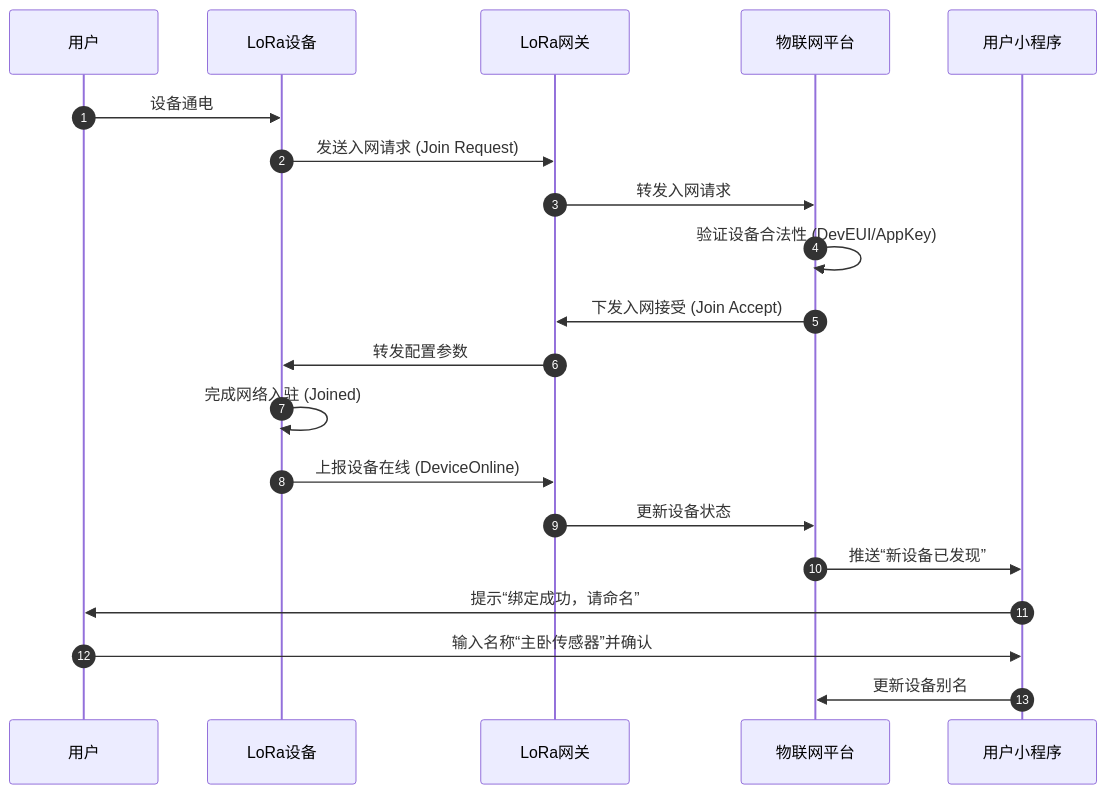
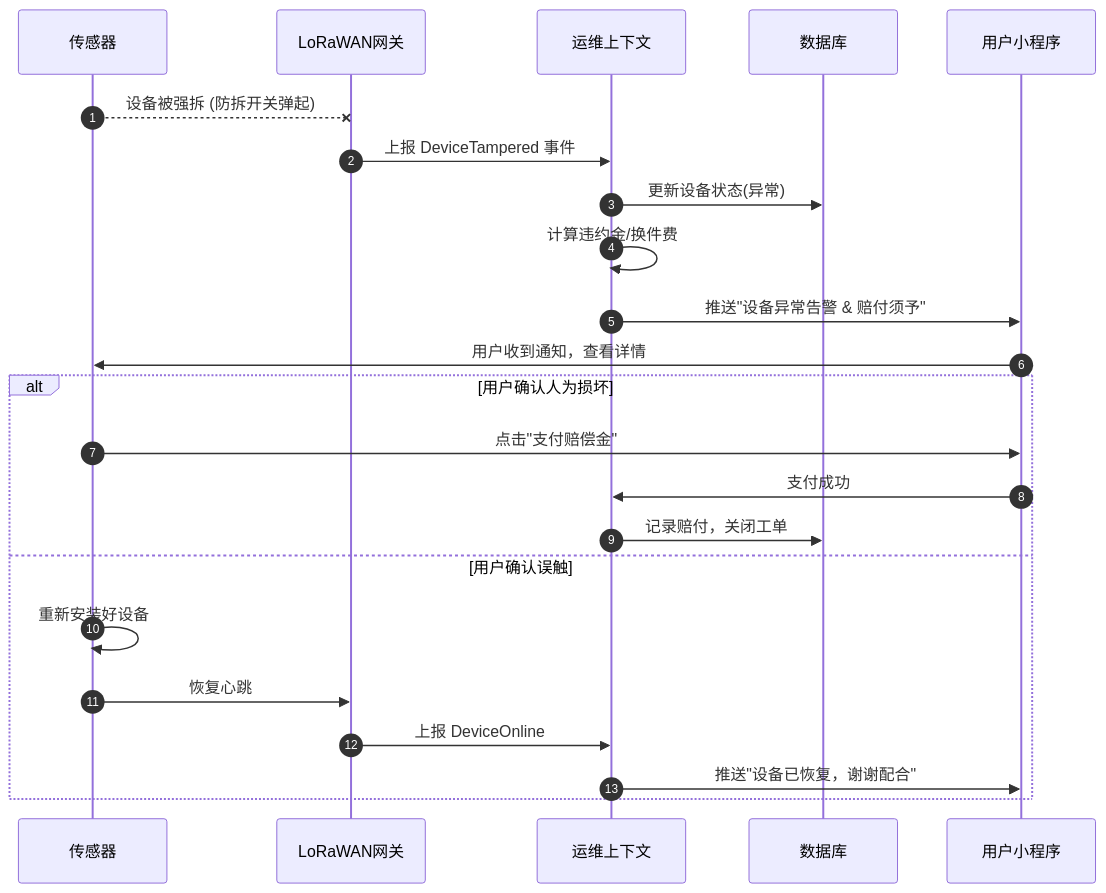
Before and after one commit to aime4eve/lite-webviewer: the fourth of 4 diagrams in .trae/MVP/防霉管控MVP/D1/USER-STORIES-SmartMoldGuard-20251212-v2.0.md, drawn with Mermaid. The commit also changed other lines of this file and 43 other files, not shown here.

````diff
--- a/.trae/MVP/防霉管控MVP/D1/USER-STORIES-SmartMoldGuard-20251212-v2.0.md
+++ b/.trae/MVP/防霉管控MVP/D1/USER-STORIES-SmartMoldGuard-20251212-v2.0.md
@@ -177,23 +213,26 @@
 ```mermaid
 sequenceDiagram
-    participant User as 用户
-    participant Dev as LoRa设备
-    participant GW as LoRa网关
-    participant IoT as 物联网平台
+    participant S as 传感器
+    participant GW as LoRaWAN网关
+    participant Ops as 运维上下文
+    participant DB as 数据库
     participant MP as 用户小程序
 
     autonumber
-    User->>Dev: 设备通电
-    Dev->>GW: 发送入网请求 (Join Request)
-    GW->>IoT: 转发入网请求
-    IoT->>IoT: 验证设备合法性 (DevEUI/AppKey)
-    IoT->>GW: 下发入网接受 (Join Accept)
-    GW->>Dev: 转发配置参数
-    Dev->>Dev: 完成网络入驻 (Joined)
-    Dev->>GW: 上报设备在线 (DeviceOnline)
-    GW->>IoT: 更新设备状态
-    IoT->>MP: 推送“新设备已发现”
-    MP->>User: 提示“绑定成功，请命名”
-    User->>MP: 输入名称“主卧传感器”并确认
-    MP->>IoT: 更新设备别名
+    S--xGW: 设备被强拆 (防拆开关弹起)
+    GW->>Ops: 上报 DeviceTampered 事件
+    Ops->>DB: 更新设备状态(异常)
+    Ops->>Ops: 计算违约金/换件费
+    Ops->>MP: 推送"设备异常告警 & 赔付须予"
+    MP->>S: 用户收到通知，查看详情
+    alt 用户确认人为损坏
+        S->>MP: 点击"支付赔偿金"
+        MP->>Ops: 支付成功
+        Ops->>DB: 记录赔付，关闭工单
+    else 用户确认误触
+        S->>S: 重新安装好设备
+        S->>GW: 恢复心跳
+        GW->>Ops: 上报 DeviceOnline
+        Ops->>MP: 推送"设备已恢复，谢谢配合"
+    end
 ```
````
